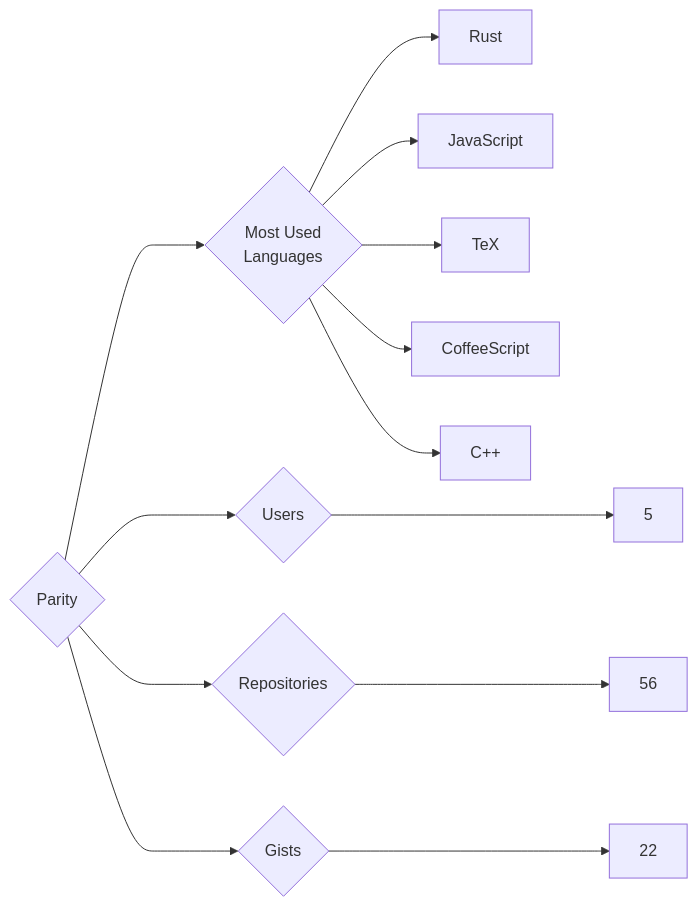
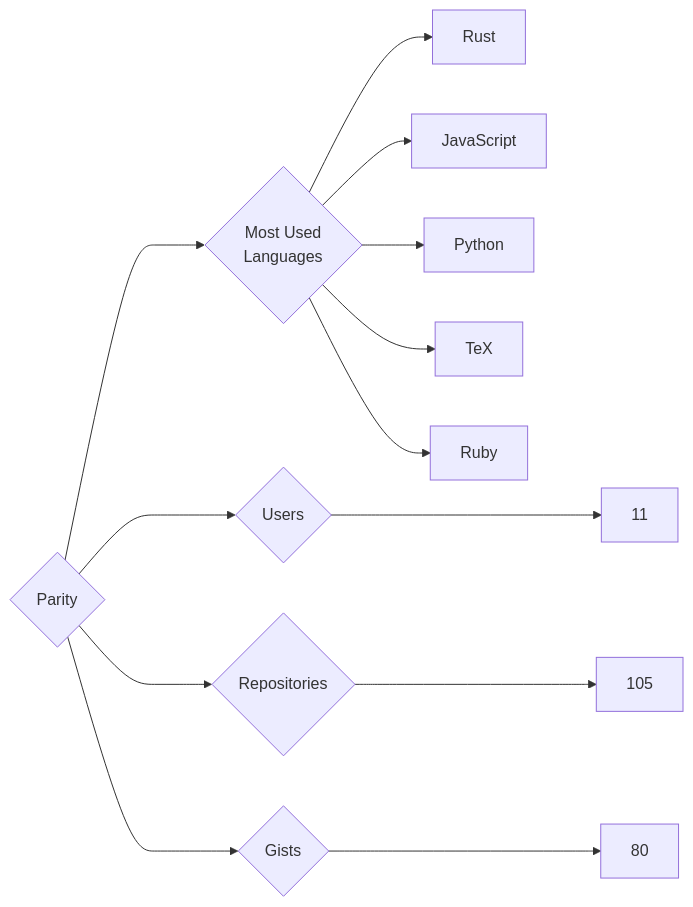
One commit to trickest/insiders changed the diagram in targets/Parity/README.md. Above: the diagram before and after it, drawn with Mermaid. The commit also changed 829 other files, not shown here.

````diff
--- a/targets/Parity/README.md
+++ b/targets/Parity/README.md
@@ -3,13 +3,13 @@
 ```mermaid
 graph LR
 COMPANY_NAME{Parity}
-COMPANY_NAME ---> U{Users} ---> UN[5]
-COMPANY_NAME ---> R{Repositories} ---> RN[56]
-COMPANY_NAME ---> G{Gists} ---> GN[22]
+COMPANY_NAME ---> U{Users} ---> UN[11]
+COMPANY_NAME ---> R{Repositories} ---> RN[105]
+COMPANY_NAME ---> G{Gists} ---> GN[80]
 COMPANY_NAME ---> ML{Most Used<br>Languages}
 ML --> Rust[Rust]
 ML --> JavaScript[JavaScript]
+ML --> Python[Python]
 ML --> TeX[TeX]
-ML --> CoffeeScript[CoffeeScript]
-ML --> C++[C++]
+ML --> Ruby[Ruby]
 ```
````
